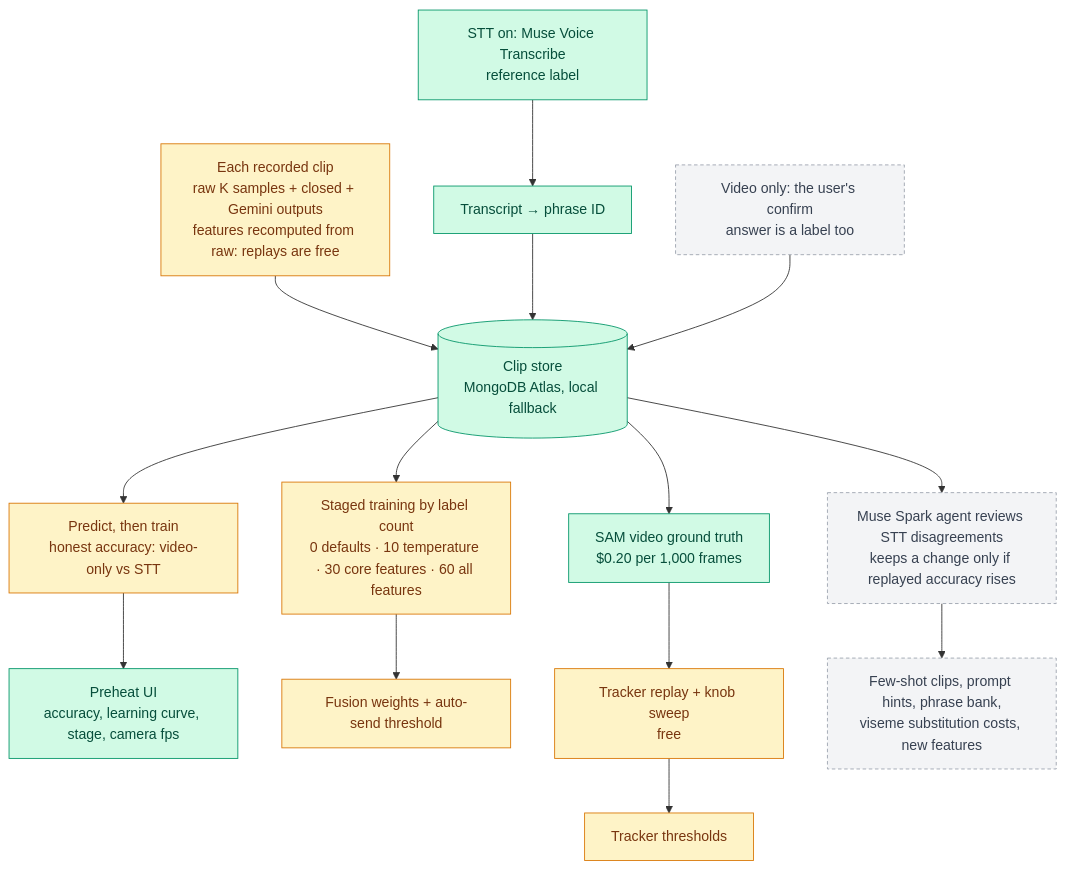
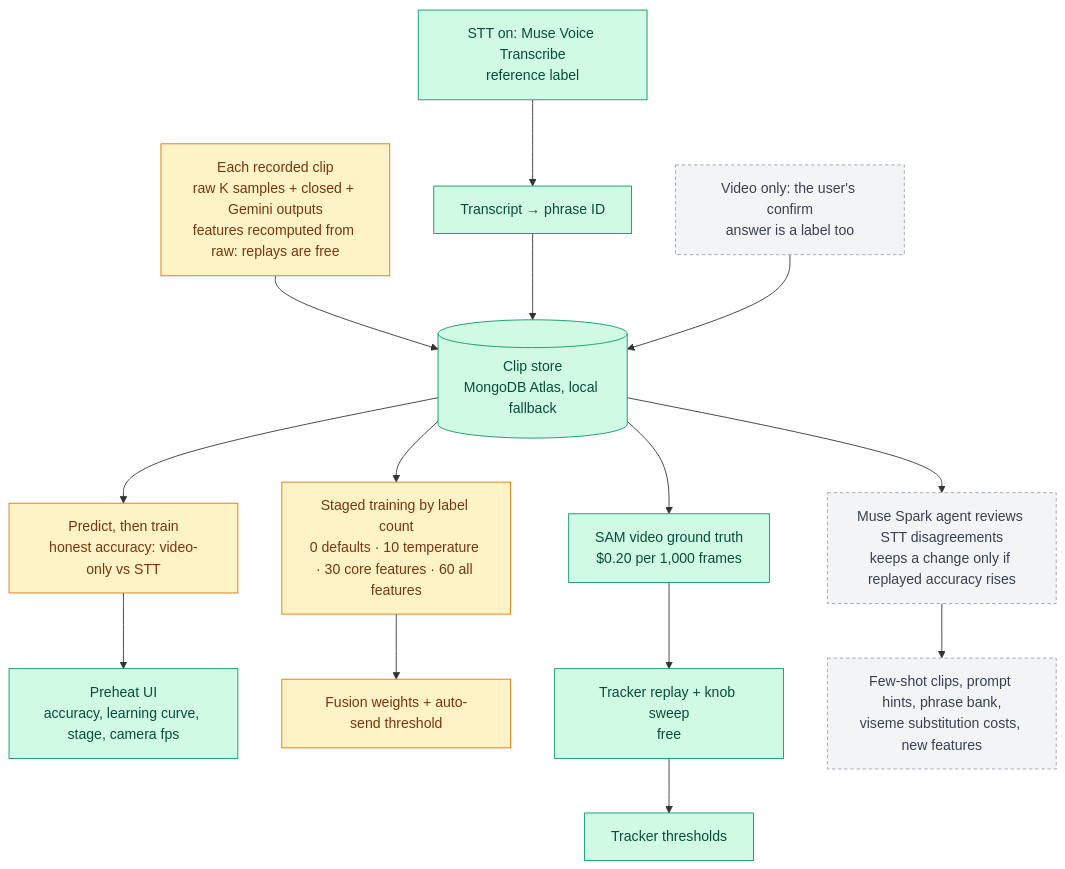
One commit to Darijan-Ducic/badge-machine changed the second of 2 diagrams in docs/pipeline.md. Above: the diagram before and after it, drawn with Mermaid. The commit also changed other lines of this file and 1 other file, not shown here.

````diff
--- a/docs/pipeline.md
+++ b/docs/pipeline.md
@@ -45,35 +45,35 @@
 ```mermaid
 flowchart TD
   CLIP["Each recorded clip<br/>raw K samples + closed + Gemini outputs<br/>features recomputed from raw: replays are free"]
   STT["STT on: Muse Voice Transcribe<br/>reference label"]
   CONF["Video only: the user's confirm<br/>answer is a label too"]
   MATCH["Transcript → phrase ID"]
   STORE[("Clip store<br/>MongoDB Atlas, local fallback")]
 
   PREQ["Predict, then train<br/>honest accuracy: video-only vs STT"]
   UI["Preheat UI<br/>accuracy, learning curve, stage, camera fps"]
   STAGES["Staged training by label count<br/>0 defaults · 10 temperature · 30 core features · 60 all features"]
   FUSE["Fusion weights + auto-send threshold"]
 
   GT["SAM video ground truth<br/>$0.20 per 1,000 frames"]
   REPLAY["Tracker replay + knob sweep<br/>free"]
   KNOBS["Tracker thresholds"]
 
   AGENT["Muse Spark agent reviews STT disagreements<br/>keeps a change only if replayed accuracy rises"]
   PROMPTS["Few-shot clips, prompt hints, phrase bank,<br/>viseme substitution costs, new features"]
 
   CLIP --> STORE
   STT --> MATCH --> STORE
   CONF --> STORE
   STORE --> PREQ --> UI
   STORE --> STAGES --> FUSE
   STORE --> GT --> REPLAY --> KNOBS
   STORE --> AGENT --> PROMPTS
 
   classDef built fill:#d1fae5,stroke:#059669,color:#064e3b
   classDef building fill:#fef3c7,stroke:#d97706,color:#78350f
   classDef planned fill:#f3f4f6,stroke:#9ca3af,color:#374151,stroke-dasharray:4 3
-  class STT,MATCH,GT,STORE,UI built
-  class REPLAY,KNOBS,CLIP,STAGES,PREQ,FUSE building
+  class STT,MATCH,GT,STORE,UI,REPLAY,KNOBS built
+  class CLIP,STAGES,PREQ,FUSE building
   class CONF,AGENT,PROMPTS planned
 ```
````
